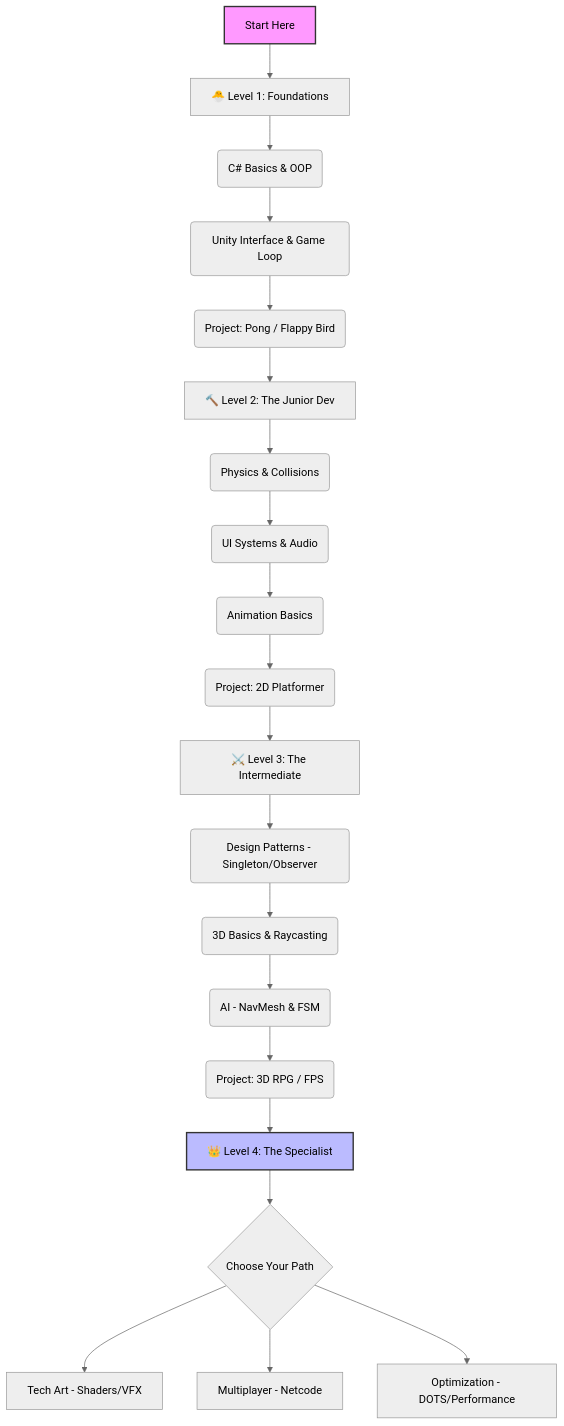
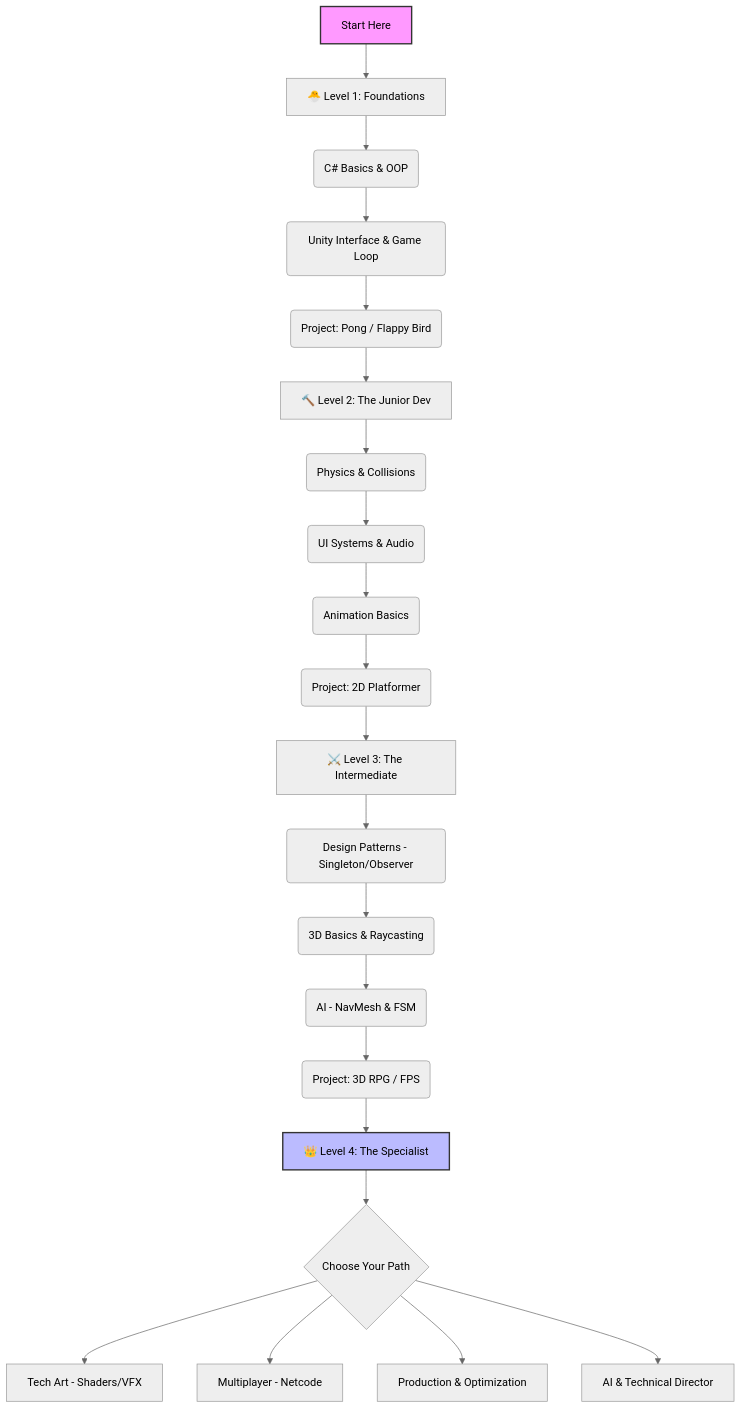
Before and after one commit to ithumanmi/MyDoc: the diagram in domains/game-dev/README.md, drawn with Mermaid (neutral theme). The commit also changed other lines of this file and 102 other files, not shown here.

````diff
--- a/domains/game-dev/README.md
+++ b/domains/game-dev/README.md
@@ -110,28 +110,29 @@
 ```mermaid
 graph TD
     A[Start Here] --> B[🐣 Level 1: Foundations]
     B --> B1(C# Basics & OOP)
     B1 --> B2(Unity Interface & Game Loop)
     B2 --> B3(Project: Pong / Flappy Bird)
     
     B3 --> C[🔨 Level 2: The Junior Dev]
     C --> C1(Physics & Collisions)
     C1 --> C2(UI Systems & Audio)
     C2 --> C3(Animation Basics)
     C3 --> C4(Project: 2D Platformer)
     
     C4 --> D[⚔️ Level 3: The Intermediate]
     D --> D1(Design Patterns - Singleton/Observer)
     D1 --> D2(3D Basics & Raycasting)
     D2 --> D3(AI - NavMesh & FSM)
     D3 --> D4(Project: 3D RPG / FPS)
     
     D4 --> E[👑 Level 4: The Specialist]
     E --> E1{Choose Your Path}
     E1 --> E2[Tech Art - Shaders/VFX]
     E1 --> E3[Multiplayer - Netcode]
-    E1 --> E4[Optimization - DOTS/Performance]
+    E1 --> E4[Production & Optimization]
+    E1 --> E5[AI & Technical Director]
     
     style A fill:#f9f,stroke:#333,stroke-width:2px
     style E fill:#bbf,stroke:#333,stroke-width:2px
 ```
````
